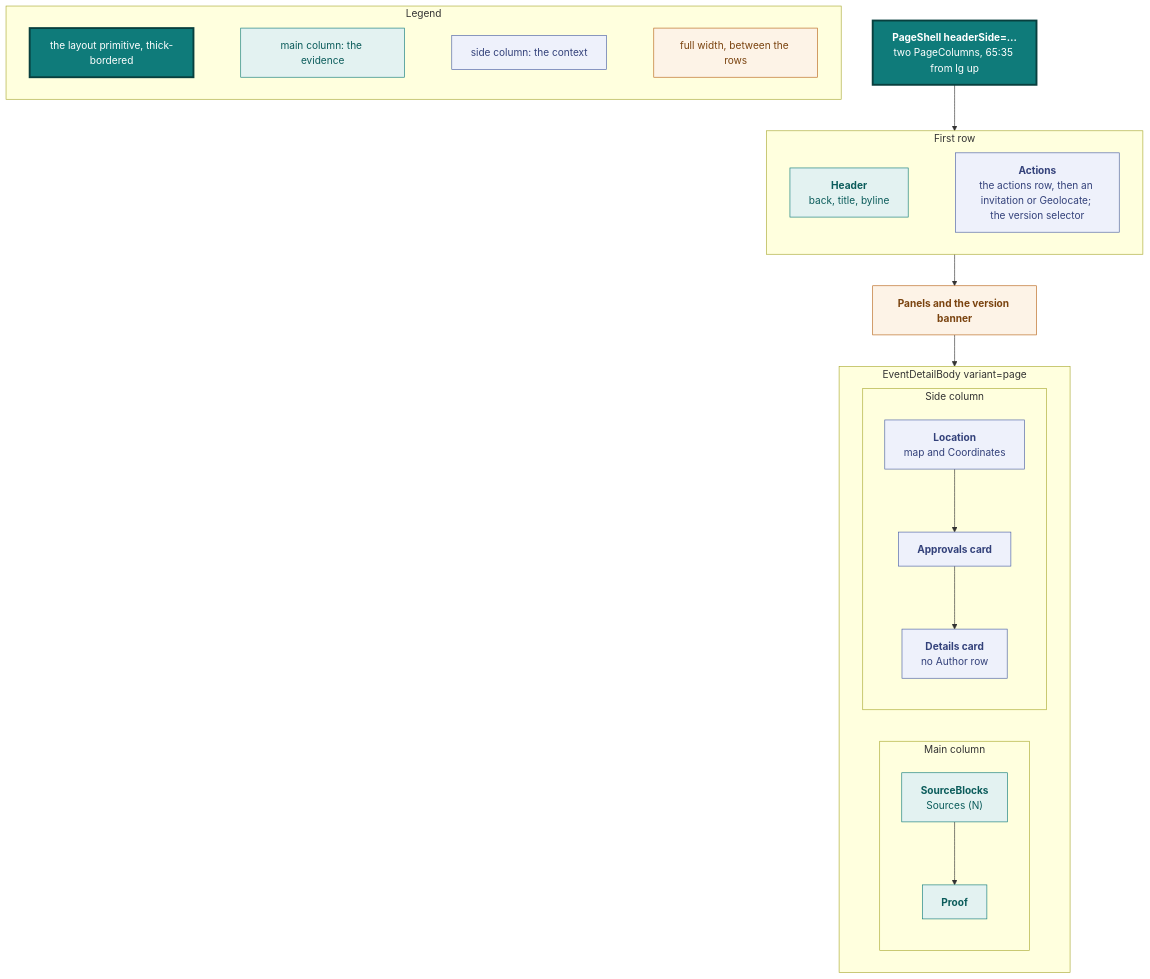
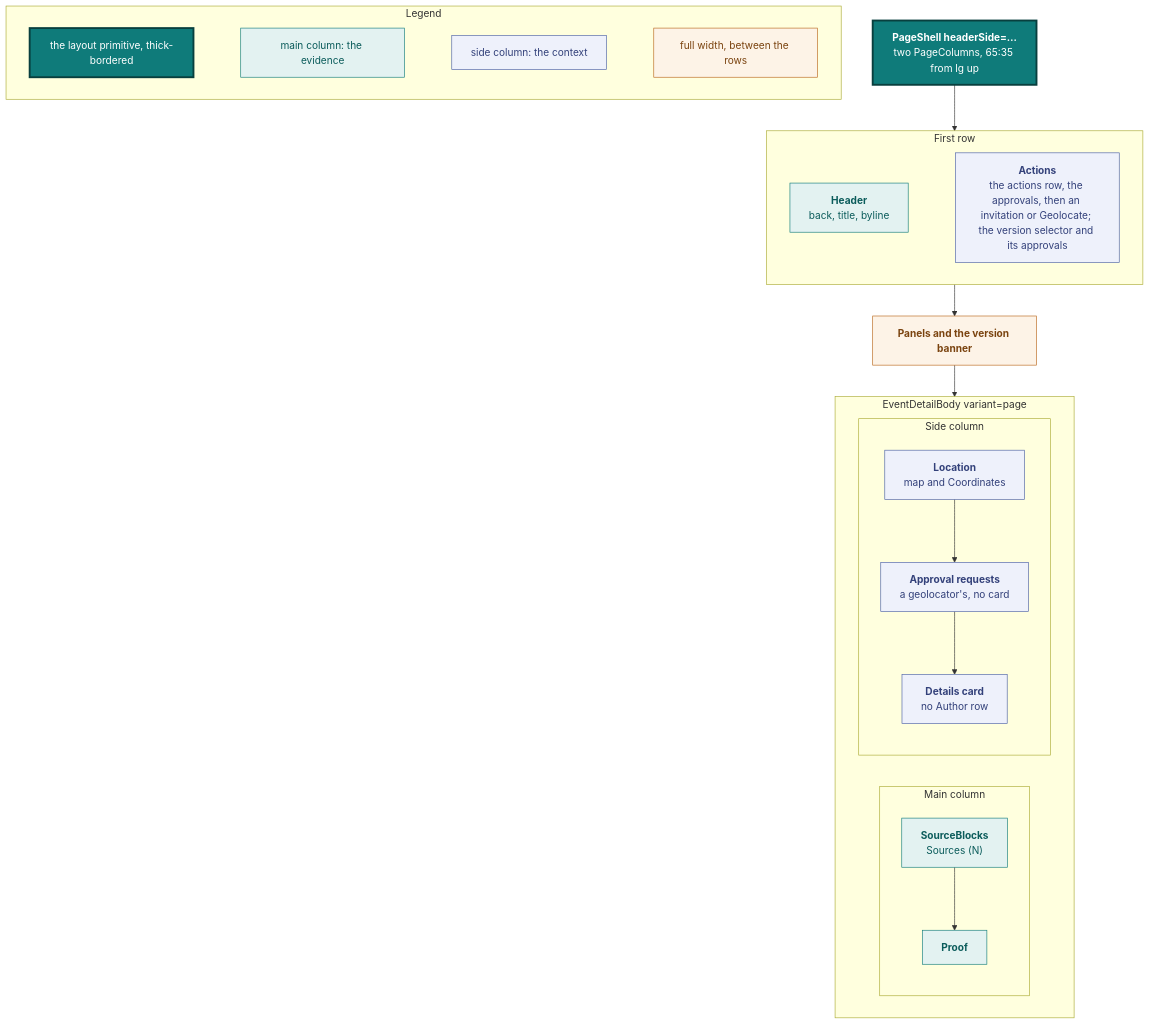
One commit to vidithq/vidit changed the sixth of 13 diagrams in docs/design.md. Above: the diagram before and after it, drawn with Mermaid. The commit also changed other lines of this file and 23 other files, not shown here.

First line of the commit message:
feat(frontend): show approvals under the event actions without a card

````diff
--- a/docs/design.md
+++ b/docs/design.md
@@ -667,52 +667,53 @@
 ```mermaid
 flowchart TB
   classDef core fill:#0f7b7a,stroke:#083f3e,stroke-width:3px,color:#ffffff
   classDef shared fill:#e3f2f1,stroke:#0f7b7a,color:#0b5c5b
   classDef spec fill:#eef1fb,stroke:#4a5fa5,color:#33417a
   classDef state fill:#fdf3e7,stroke:#b8661a,color:#7a430f
 
   subgraph legend [Legend]
     direction LR
     l1["`the layout primitive, thick-bordered`"]:::core
     l2["`main column: the evidence`"]:::shared
     l3["`side column: the context`"]:::spec
     l4["`full width, between the rows`"]:::state
     l1 ~~~ l2 ~~~ l3 ~~~ l4
   end
 
   shell["`**PageShell headerSide=…**
   two PageColumns, 65:35 from lg up`"]:::core
 
   subgraph top [First row]
     direction LR
     header["`**Header**
     back, title, byline`"]:::shared
     actions["`**Actions**
-    the actions row, then an invitation or Geolocate; the version selector`"]:::spec
+    the actions row, the approvals, then an invitation or Geolocate; the version selector and its approvals`"]:::spec
     header ~~~ actions
   end
 
   between["`**Panels and the version banner**`"]:::state
 
   subgraph body [EventDetailBody variant=page]
     direction LR
     subgraph main [Main column]
       direction TB
       sources["`**SourceBlocks**
       Sources (N)`"]:::shared
       proof["`**Proof**`"]:::shared
       sources --> proof
     end
     subgraph side [Side column]
       direction TB
       location["`**Location**
       map and Coordinates`"]:::spec
-      approvals["`**Approvals card**`"]:::spec
+      requests["`**Approval requests**
+      a geolocator's, no card`"]:::spec
       details["`**Details card**
       no Author row`"]:::spec
-      location --> approvals --> details
+      location --> requests --> details
     end
   end
 
   shell --> top --> between --> body
 ```
````
